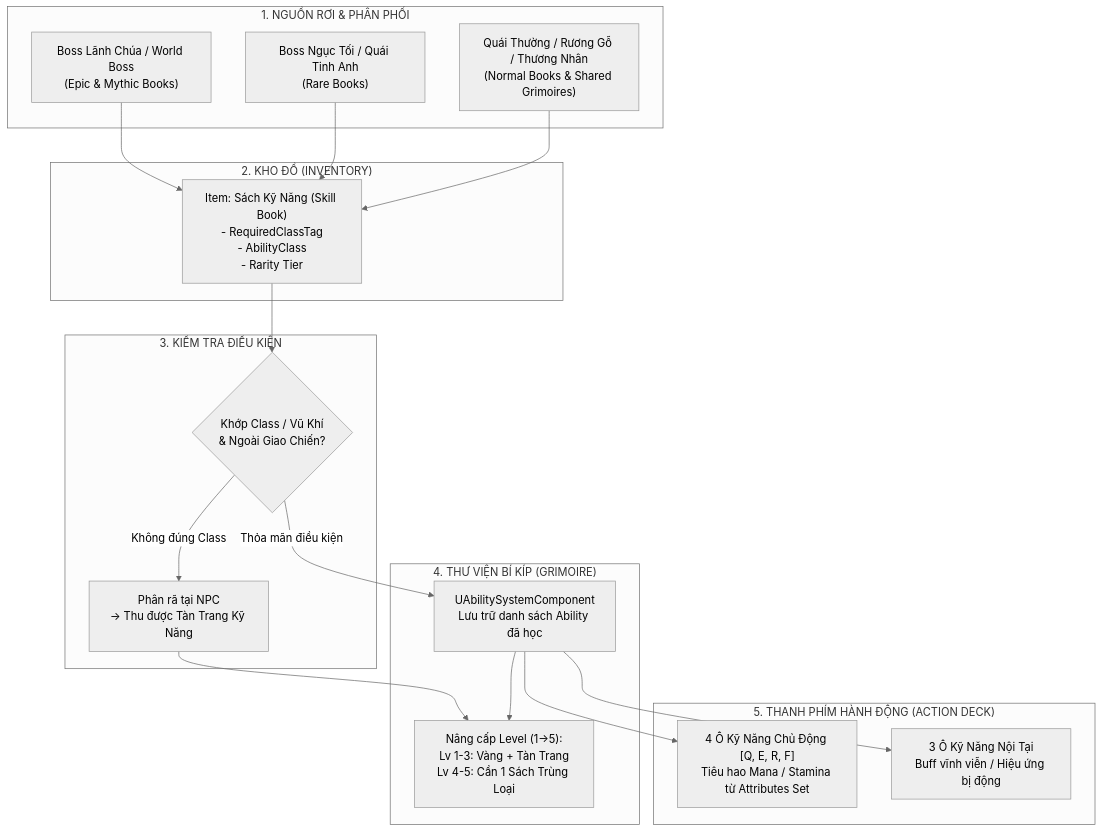
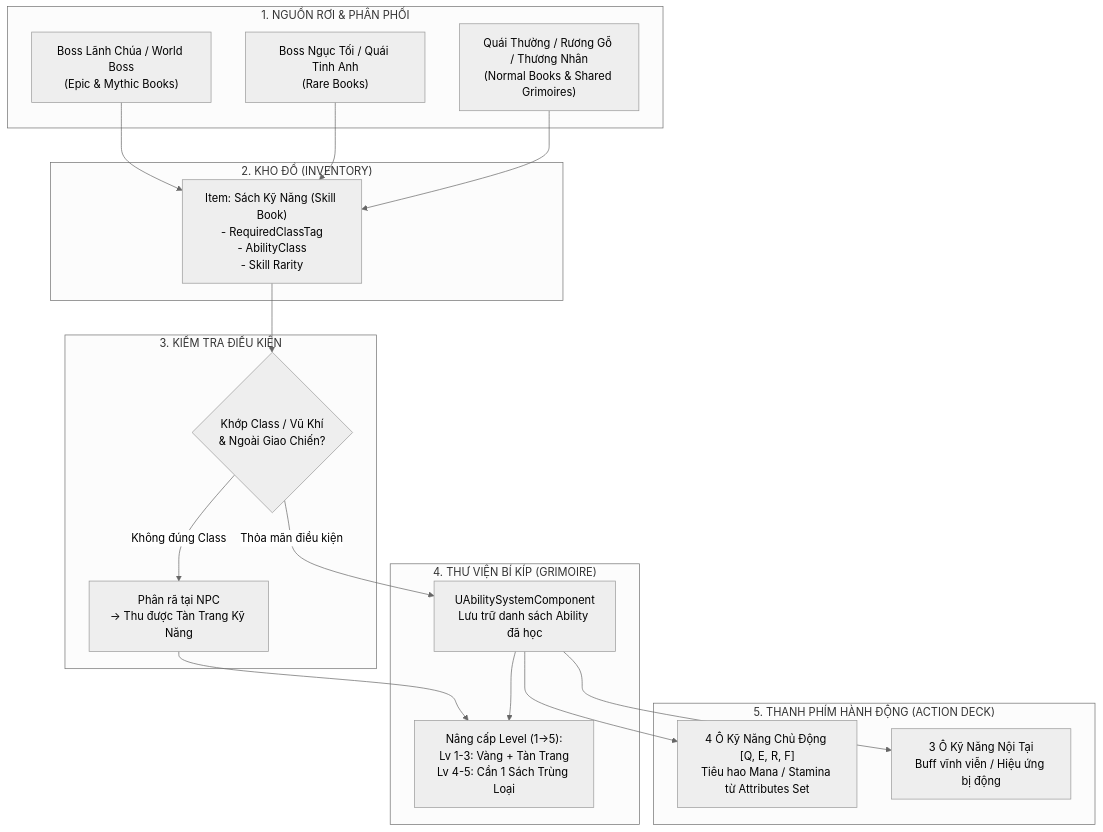
One commit to kenzings-ng/ProjectAscendant changed the diagram in design/gdd/skill-progression-system.md. Above: the diagram before and after it, drawn with Mermaid (neutral theme). The commit also changed other lines of this file and 11 other files, not shown here.

````diff
--- a/design/gdd/skill-progression-system.md
+++ b/design/gdd/skill-progression-system.md
@@ -140,39 +140,39 @@
 ```mermaid
 flowchart TD
     subgraph Sourcing["1. NGUỒN RƠI & PHÂN PHỐI"]
         LootBoss["Boss Lãnh Chúa / World Boss<br/>(Epic & Mythic Books)"]
         LootDungeon["Boss Ngục Tối / Quái Tinh Anh<br/>(Rare Books)"]
         LootCommon["Quái Thường / Rương Gỗ / Thương Nhân<br/>(Normal Books & Shared Grimoires)"]
     end
 
     subgraph InventorySystem["2. KHO ĐỒ (INVENTORY)"]
-        ItemBook["Item: Sách Kỹ Năng (Skill Book)<br/>- RequiredClassTag<br/>- AbilityClass<br/>- Rarity Tier"]
+        ItemBook["Item: Sách Kỹ Năng (Skill Book)<br/>- RequiredClassTag<br/>- AbilityClass<br/>- Skill Rarity"]
     end
 
     subgraph Evaluation["3. KIỂM TRA ĐIỀU KIỆN"]
         CheckCond{"Khớp Class / Vũ Khí<br/>& Ngoài Giao Chiến?"}
         Salvage["Phân rã tại NPC<br/>-> Thu được Tàn Trang Kỹ Năng"]
     end
 
     subgraph Grimoire["4. THƯ VIỆN BÍ KÍP (GRIMOIRE)"]
         ASC["UAbilitySystemComponent<br/>Lưu trữ danh sách Ability đã học"]
         UpgradeNode["Nâng cấp Level (1->5):<br/>Lv 1-3: Vàng + Tàn Trang<br/>Lv 4-5: Cần 1 Sách Trùng Loại"]
     end
 
     subgraph ActionDeck["5. THANH PHÍM HÀNH ĐỘNG (ACTION DECK)"]
         ActiveSlots["4 Ô Kỹ Năng Chủ Động [Q, E, R, F]<br/>Tiêu hao Mana / Stamina từ Attributes Set"]
         PassiveSlots["3 Ô Kỹ Năng Nội Tại<br/>Buff vĩnh viễn / Hiệu ứng bị động"]
     end
 
     LootBoss --> ItemBook
     LootDungeon --> ItemBook
     LootCommon --> ItemBook
 
     ItemBook --> CheckCond
     CheckCond -- "Không đúng Class" --> Salvage
     Salvage --> UpgradeNode
     CheckCond -- "Thỏa mãn điều kiện" --> ASC
     ASC --> UpgradeNode
     ASC --> ActiveSlots
     ASC --> PassiveSlots
 ```
````
